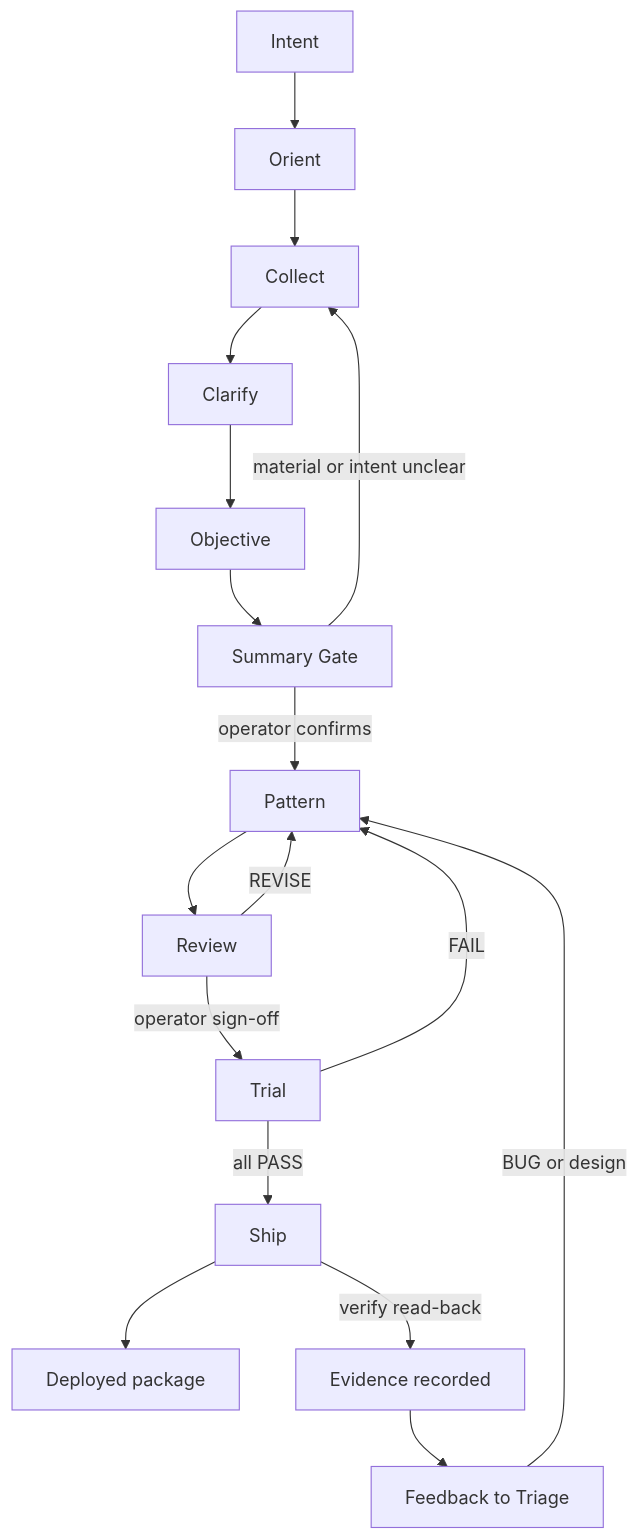
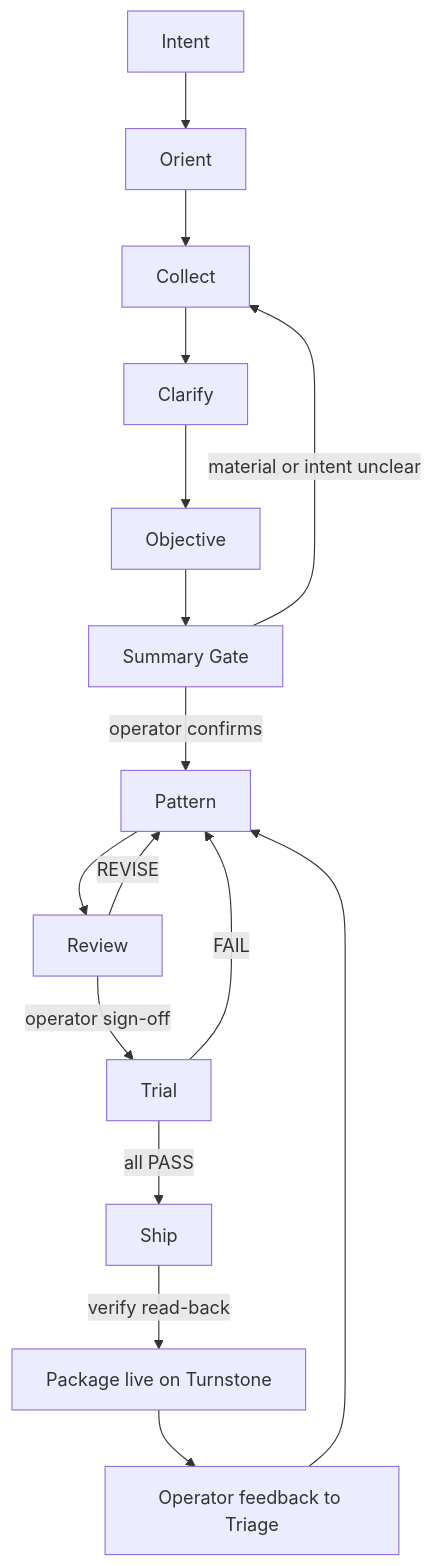
One commit to RedEyeNinja-BKK/Process-Engine changed the diagram in README.md. Above: the diagram before and after it, drawn with Mermaid. The commit also changed other lines of this file and 9 other files, not shown here.

Commit message:
docs: Turnstone-only alignment - honest mermaid, remove portability claims

````diff
--- a/README.md
+++ b/README.md
@@ -13,19 +13,18 @@
 ```mermaid
 flowchart TB
     A[Intent] --> B[Orient]
     B --> C[Collect]
     C --> D[Clarify]
     D --> E[Objective]
     E --> F[Summary Gate]
     F -- operator confirms --> G[Pattern]
     F -- material or intent unclear --> C
     G --> H[Review]
     H -- REVISE --> G
     H -- operator sign-off --> I[Trial]
     I -- FAIL --> G
     I -- all PASS --> J[Ship]
-    J --> K[Deployed package]
-    J -- verify read-back --> L[Evidence recorded]
-    L --> M[Feedback to Triage]
-    M -- BUG or design --> G
+    J -- verify read-back --> L[Package live on Turnstone]
+    L --> M[Operator feedback to Triage]
+    M --> G
 ```
````
